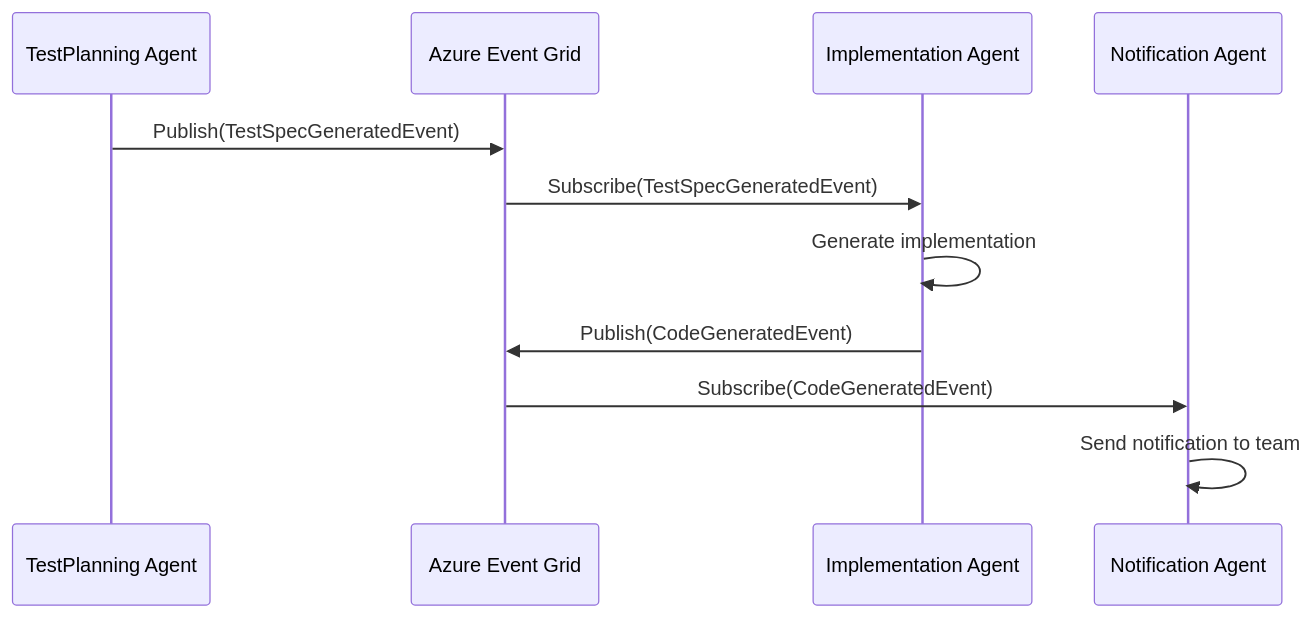
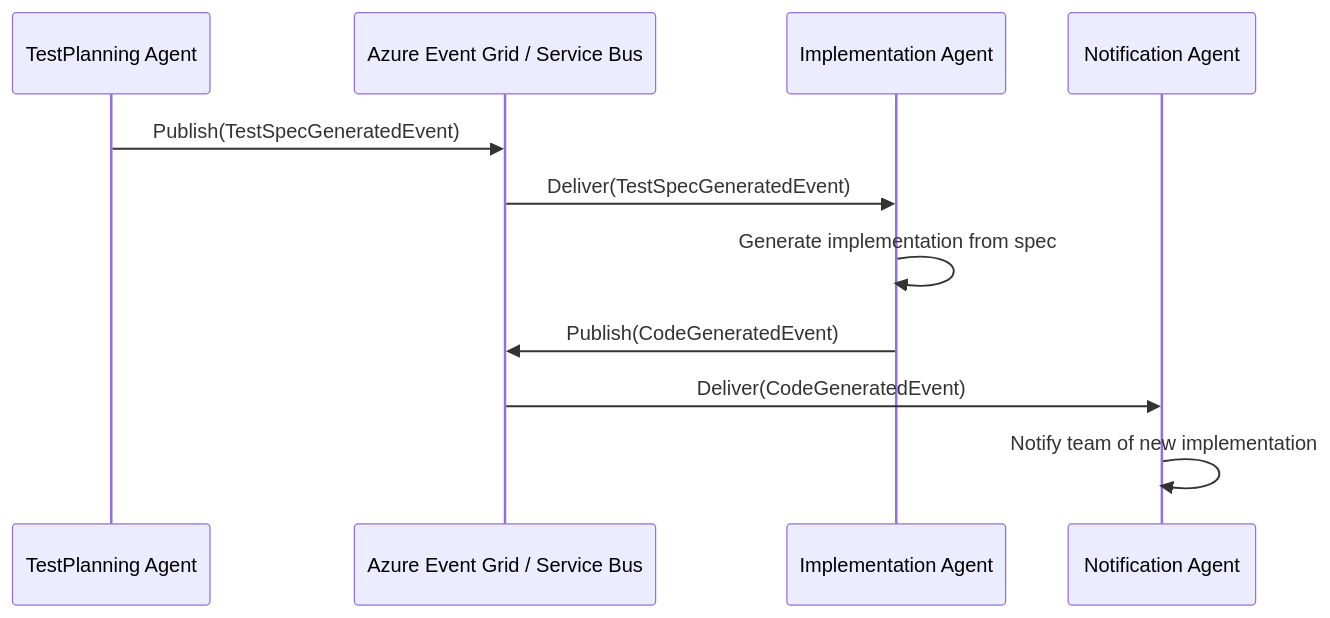
The tenth of 10 diagrams in README.md (Lukeus/my-agents), drawn with Mermaid before and after one commit. The commit also changed other lines of this file and 28 other files, not shown here.

````diff
--- a/README.md
+++ b/README.md
@@ -251,14 +480,14 @@
 ```mermaid
 sequenceDiagram
     participant TestAgent as TestPlanning Agent
-    participant EventBus as Azure Event Grid
+    participant EventBus as Azure Event Grid / Service Bus
     participant ImplAgent as Implementation Agent
     participant NotifAgent as Notification Agent
     
     TestAgent->>EventBus: Publish(TestSpecGeneratedEvent)
-    EventBus->>ImplAgent: Subscribe(TestSpecGeneratedEvent)
-    ImplAgent->>ImplAgent: Generate implementation
+    EventBus->>ImplAgent: Deliver(TestSpecGeneratedEvent)
+    ImplAgent->>ImplAgent: Generate implementation from spec
     ImplAgent->>EventBus: Publish(CodeGeneratedEvent)
-    EventBus->>NotifAgent: Subscribe(CodeGeneratedEvent)
-    NotifAgent->>NotifAgent: Send notification to team
+    EventBus->>NotifAgent: Deliver(CodeGeneratedEvent)
+    NotifAgent->>NotifAgent: Notify team of new implementation
 ```
````
